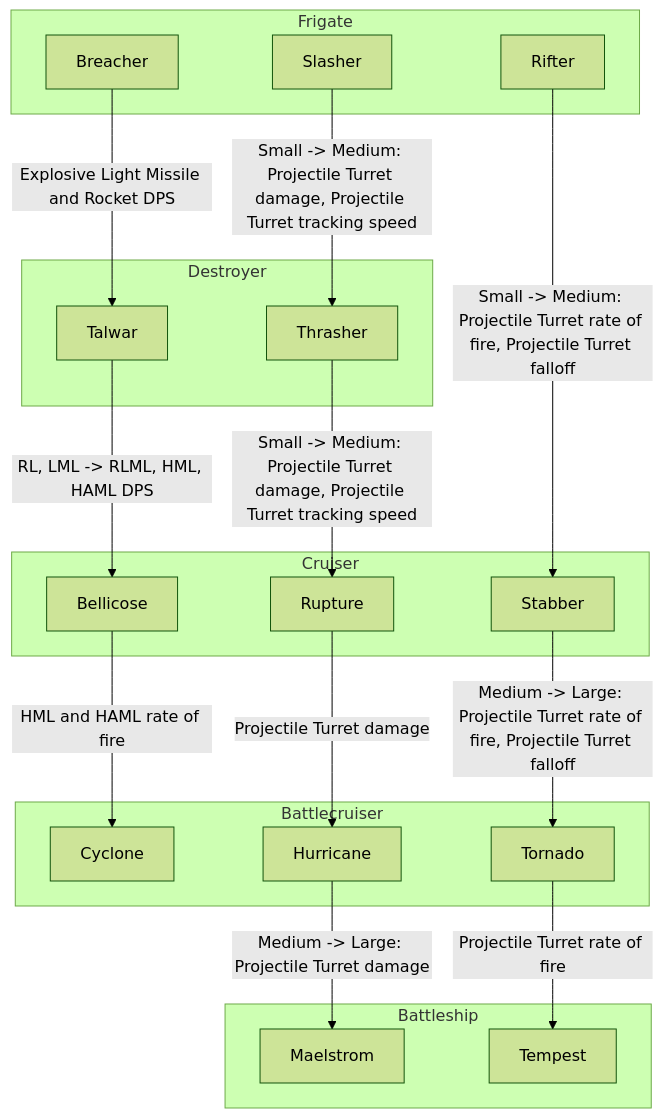
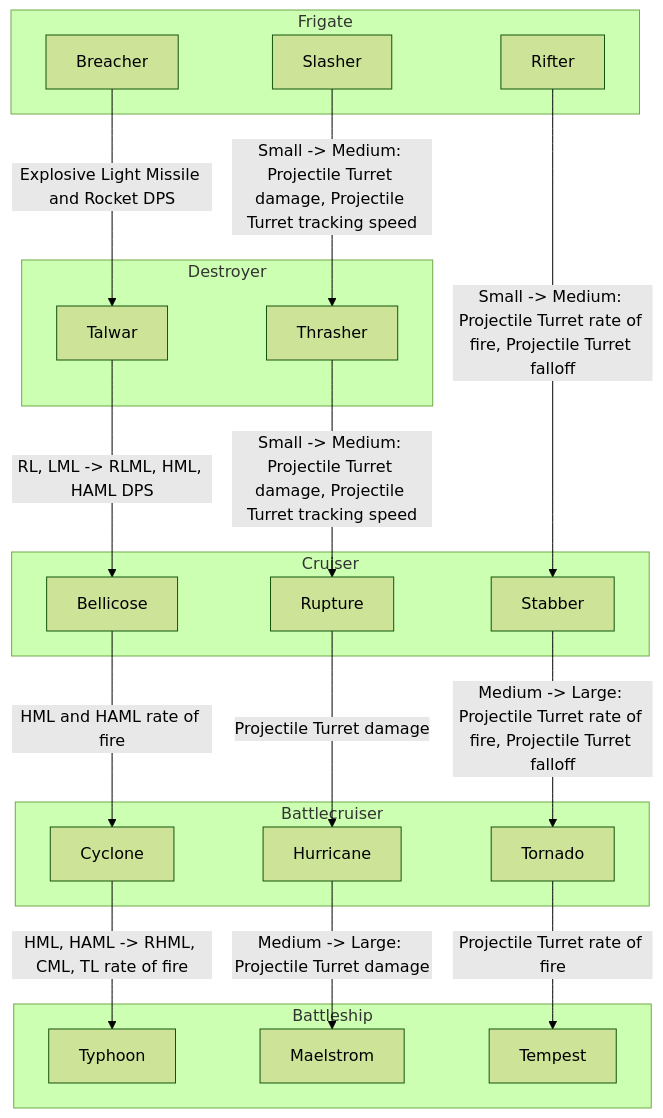
One commit to Skybladev2/EveShipsProgression changed the diagram in README.md. Above: the diagram before and after it, drawn with Mermaid (forest theme).

Commit message:
Add Typhoon

````diff
--- a/README.md
+++ b/README.md
@@ -5,40 +5,42 @@
 ```mermaid
 flowchart
 	
 	
 	
 	subgraph s1["Frigate"]
 		n10["Breacher"]
 		n5["Slasher"]
 		n1["Rifter"]
 	end
 	n1
 	subgraph s2["Cruiser"]
 		n12["Bellicose"]
 		n7["Rupture"]
 		n2["Stabber"]
 	end
 	n1 -->|"Small -> Medium: Projectile Turret rate of fire, Projectile Turret falloff"| n2
 	subgraph s3["Battlecruiser"]
 		n13["Cyclone"]
 		n8["Hurricane"]
 		n3["Tornado"]
 	end
 	n2 -->|"Medium -> Large: Projectile Turret rate of fire, Projectile Turret falloff"| n3
 	subgraph s4["Battleship"]
+		n14["Typhoon"]
 		n9["Maelstrom"]
 		n4["Tempest"]
 	end
 	n3 -->|"Projectile Turret rate of fire"| n4
 	subgraph s5["Destroyer"]
 		n11["Talwar"]
 		n6["Thrasher"]
 	end
 	n5 -->|"Small -> Medium: Projectile Turret damage, Projectile Turret tracking speed"| n6
 	n6 -->|"Small -> Medium: Projectile Turret damage, Projectile Turret tracking speed"| n7
 	n7 -->|"Projectile Turret damage"| n8
 	n8 -->|"Medium -> Large: Projectile Turret damage"| n9
 	n10 -->|"Explosive Light Missile and Rocket DPS"| n11
 	n11 -->|"RL, LML -> RLML, HML, HAML DPS"| n12
 	n12 -->|"HML and HAML rate of fire"| n13
+	n13 -->|" HML, HAML -> RHML, CML, TL rate of fire"| n14
 ```
````
